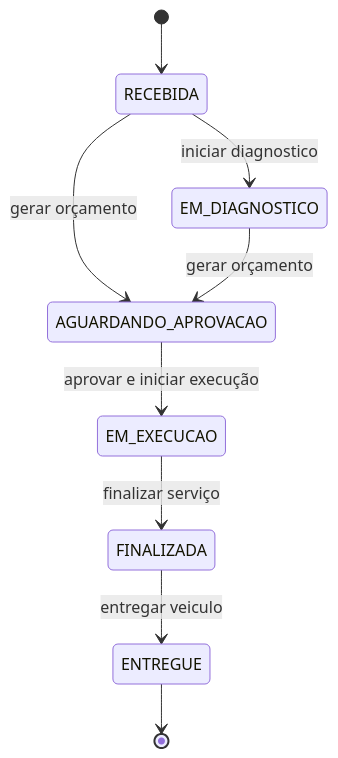
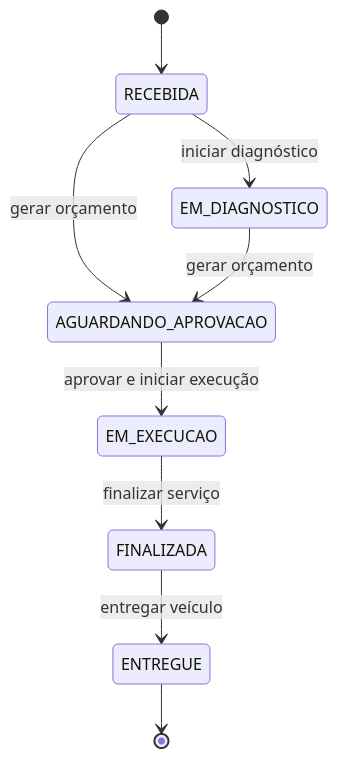
The third of 4 diagrams in docs/DDD_DOCUMENTATION.md (yxsbx/SOAT-FIAP), drawn with Mermaid before and after one commit. The commit also changed other lines of this file and 13 other files, not shown here.

````diff
--- a/docs/DDD_DOCUMENTATION.md
+++ b/docs/DDD_DOCUMENTATION.md
@@ -408,11 +406,11 @@
 ```mermaid
 stateDiagram-v2
     [*] --> RECEBIDA
-    RECEBIDA --> EM_DIAGNOSTICO: iniciar diagnostico
+    RECEBIDA --> EM_DIAGNOSTICO: iniciar diagnóstico
     RECEBIDA --> AGUARDANDO_APROVACAO: gerar orçamento
     EM_DIAGNOSTICO --> AGUARDANDO_APROVACAO: gerar orçamento
     AGUARDANDO_APROVACAO --> EM_EXECUCAO: aprovar e iniciar execução
     EM_EXECUCAO --> FINALIZADA: finalizar serviço
-    FINALIZADA --> ENTREGUE: entregar veiculo
+    FINALIZADA --> ENTREGUE: entregar veículo
     ENTREGUE --> [*]
 ```
````
